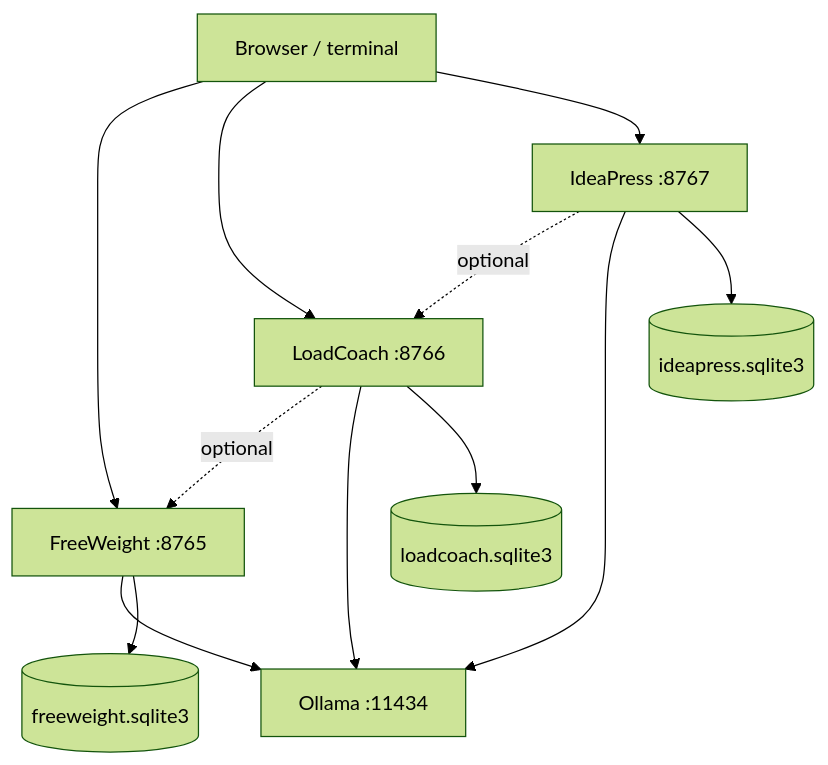
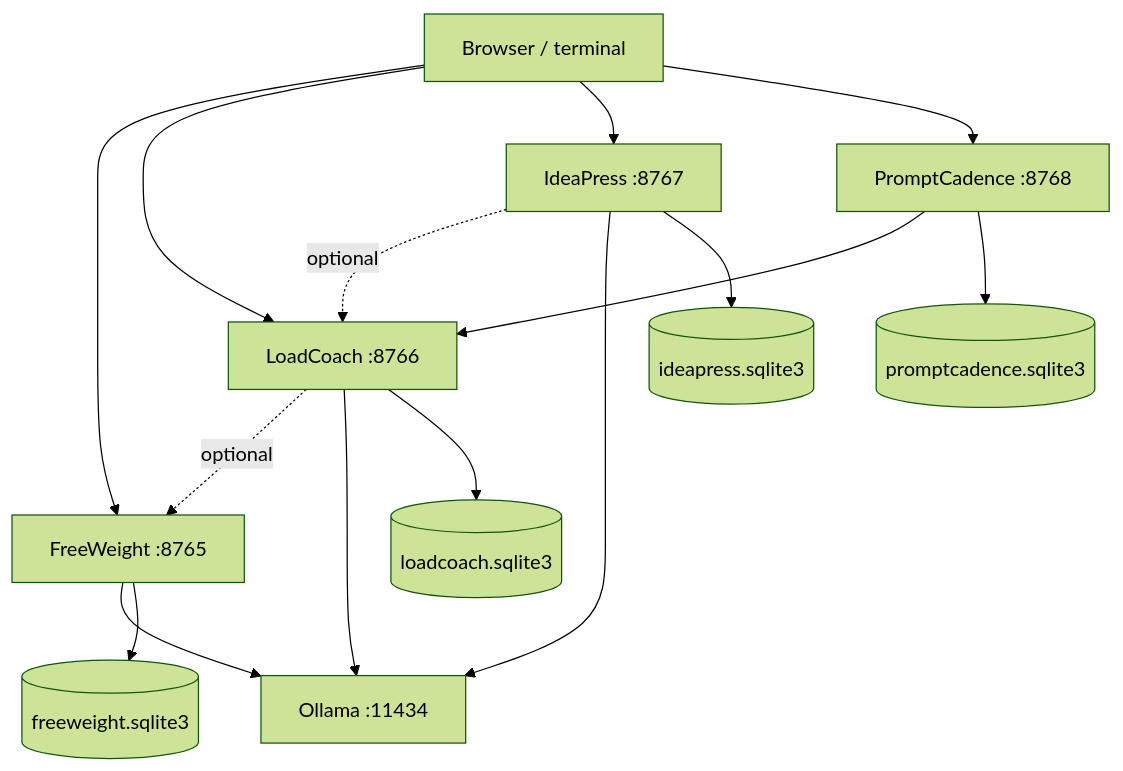
Before and after one commit to JPKell/OpenWeight-Gym: the fifth of 10 diagrams in architecture/master-architecture.md, drawn with Mermaid (forest theme). The commit also changed other lines of this file and 12 other files, not shown here.

````diff
--- a/architecture/master-architecture.md
+++ b/architecture/master-architecture.md
@@ -452,14 +452,17 @@
 ```mermaid
 graph TD
     U["Browser / terminal"] --> FW["FreeWeight :8765"]
     U --> LC["LoadCoach :8766"]
     U --> IP["IdeaPress :8767"]
+    U --> PC["PromptCadence :8768"]
     IP -. optional .-> LC
     LC -. optional .-> FW
+    PC --> LC
     FW --> OL["Ollama :11434"]
     LC --> OL
     IP --> OL
     FW --> D1[("freeweight.sqlite3")]
     LC --> D2[("loadcoach.sqlite3")]
     IP --> D3[("ideapress.sqlite3")]
+    PC --> D4[("promptcadence.sqlite3")]
 ```
````
